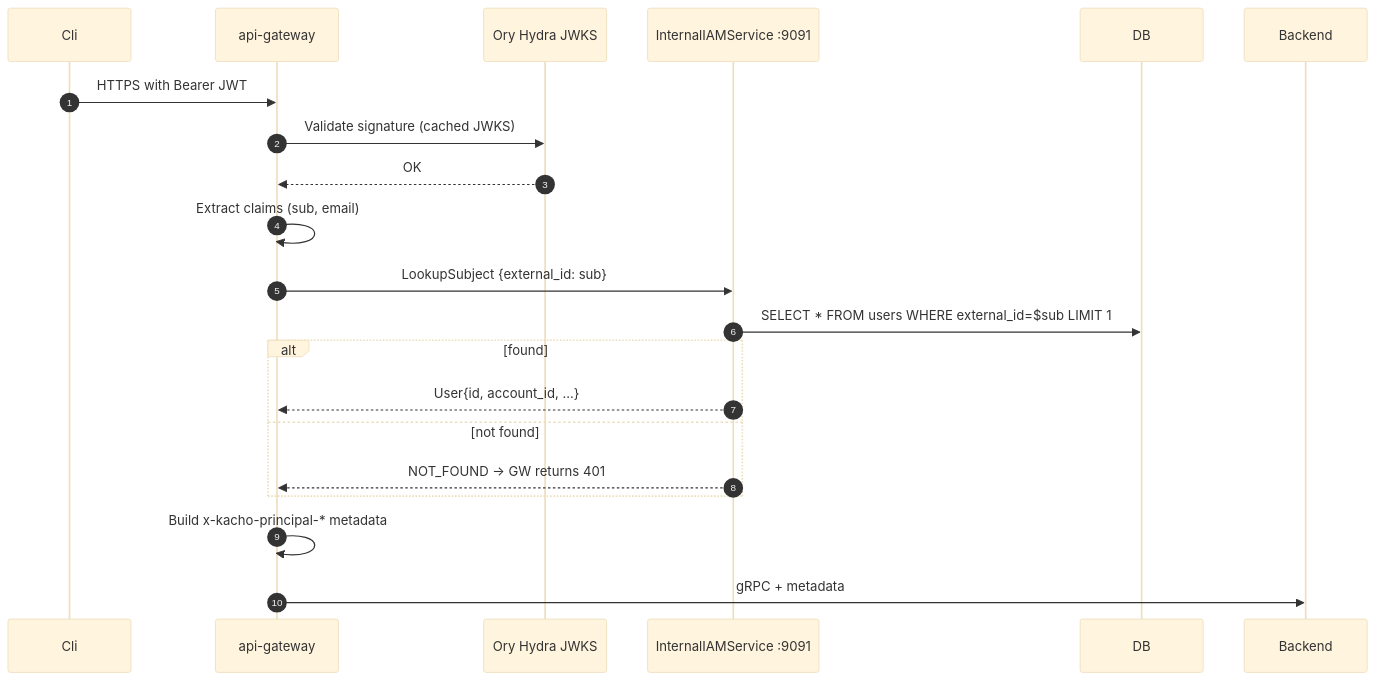
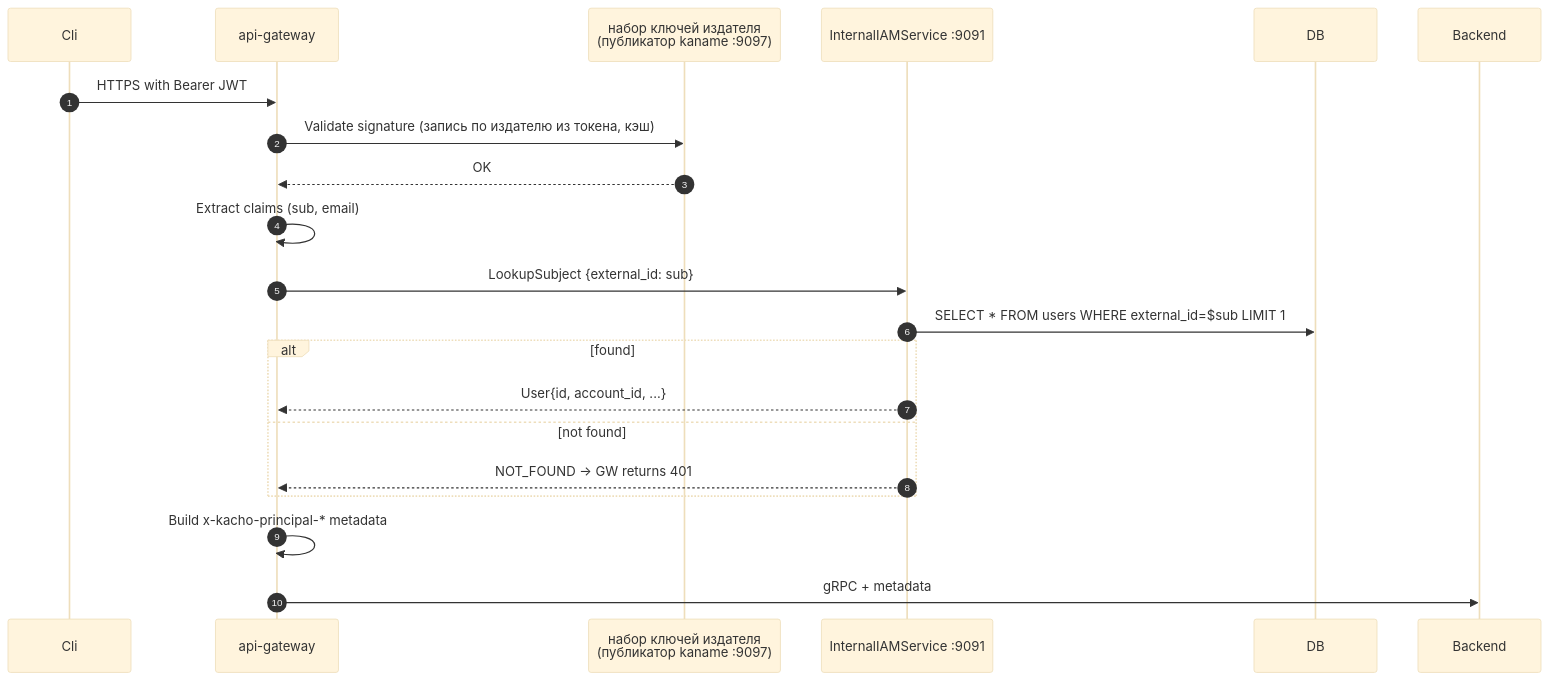
One commit to PRO-Robotech/kacho changed the first of 3 diagrams in services/iam/docs/engineering/components/21-internal-iam.md. Above: the diagram before and after it, drawn with Mermaid (base theme). The commit also changed 140 other files, not shown here.

````diff
--- a/services/iam/docs/engineering/components/21-internal-iam.md
+++ b/services/iam/docs/engineering/components/21-internal-iam.md
@@ -55,23 +55,23 @@
 ```mermaid
 sequenceDiagram
     autonumber
     participant Cli
     participant GW as api-gateway
-    participant Zit as Ory Hydra JWKS
+    participant Zit as набор ключей издателя<br/>(публикатор kaname :9097)
     participant IAM as InternalIAMService :9091
     participant DB
 
     Cli->>GW: HTTPS with Bearer JWT
-    GW->>Zit: Validate signature (cached JWKS)
+    GW->>Zit: Validate signature (запись по издателю из токена, кэш)
     Zit-->>GW: OK
     GW->>GW: Extract claims (sub, email)
     GW->>IAM: LookupSubject {external_id: sub}
     IAM->>DB: SELECT * FROM users WHERE external_id=$sub LIMIT 1
     alt found
         IAM-->>GW: User{id, account_id, ...}
     else not found
         IAM-->>GW: NOT_FOUND → GW returns 401
     end
     GW->>GW: Build x-kacho-principal-* metadata
     GW->>Backend: gRPC + metadata
 ```
````
